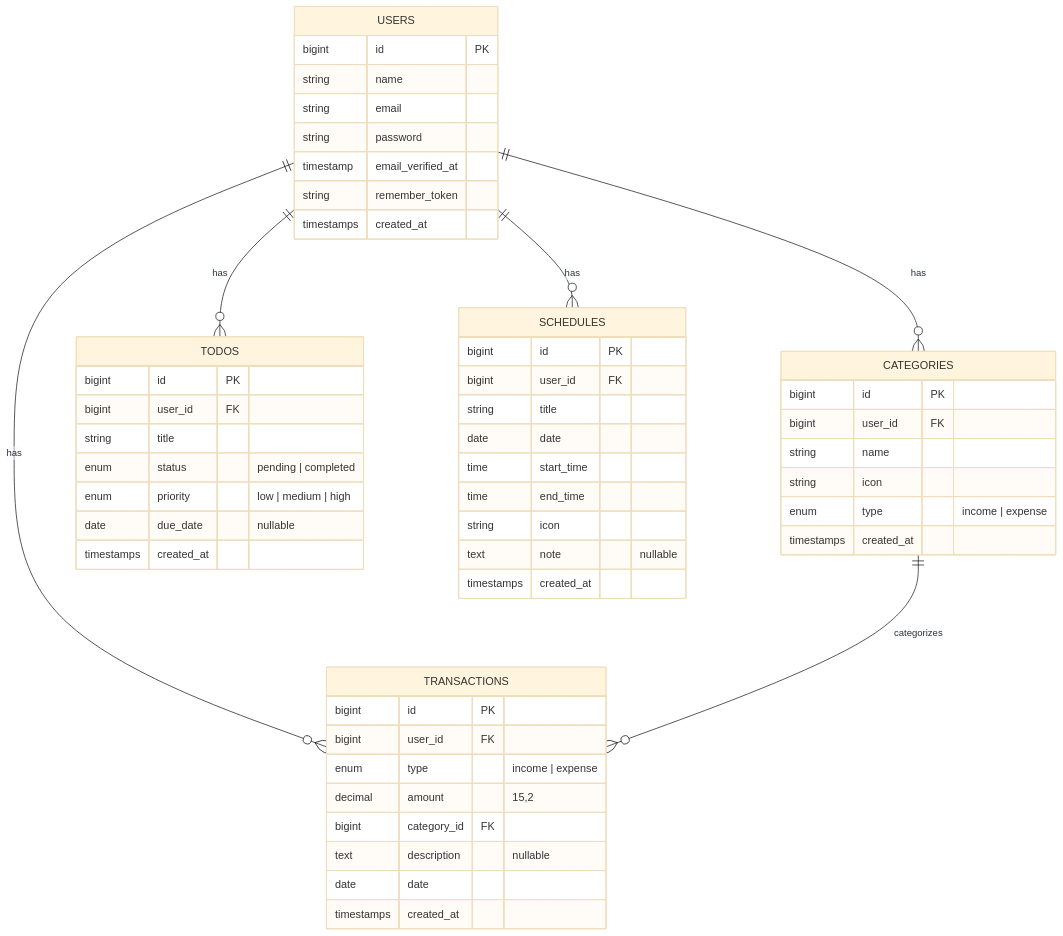
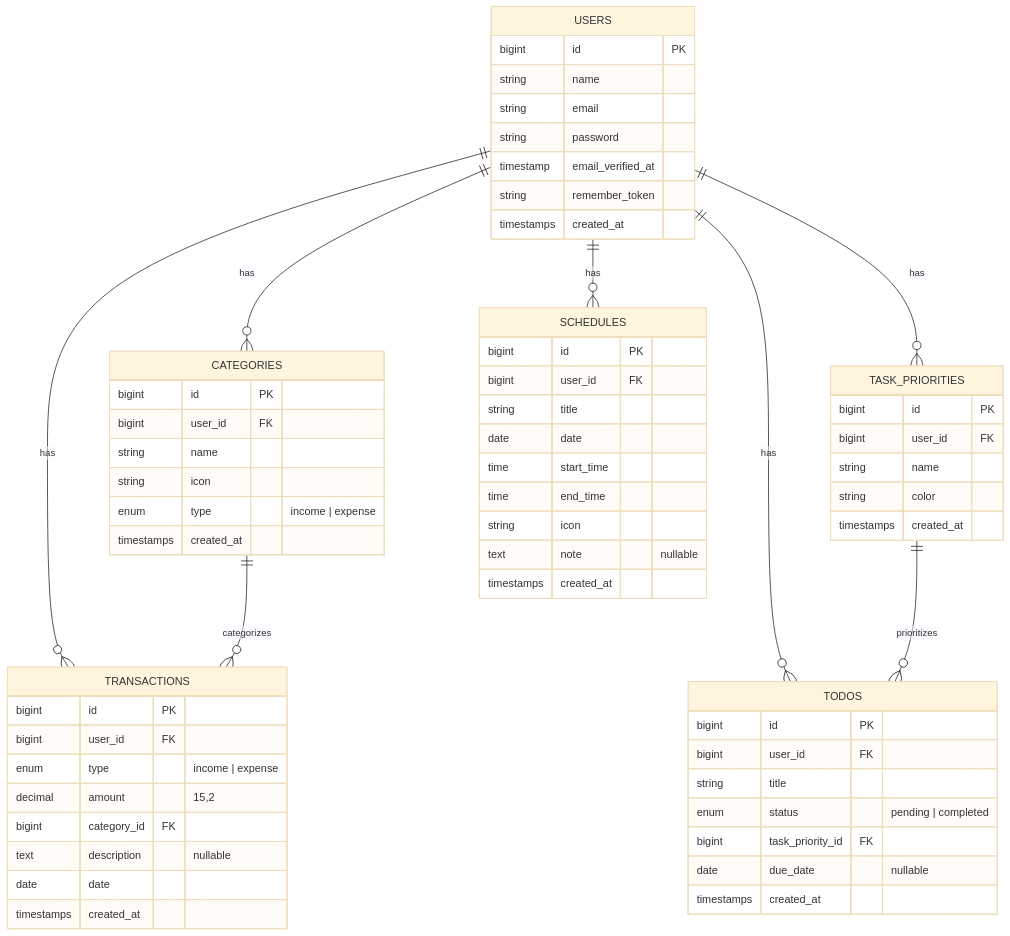
One commit to mohammadakbarr18/MyLife-OS changed the diagram in README.md. Above: the diagram before and after it, drawn with Mermaid (base theme). The commit also changed other lines of this file and 1 other file, not shown here.

Commit message:
Update README for profile and todo priority settings

````diff
--- a/README.md
+++ b/README.md
@@ -328,60 +339,70 @@
 ```mermaid
 erDiagram
     USERS ||--o{ CATEGORIES : has
+    USERS ||--o{ TASK_PRIORITIES : has
     USERS ||--o{ TRANSACTIONS : has
     USERS ||--o{ TODOS : has
     USERS ||--o{ SCHEDULES : has
     CATEGORIES ||--o{ TRANSACTIONS : categorizes
+    TASK_PRIORITIES ||--o{ TODOS : prioritizes
 
     USERS {
         bigint id PK
         string name
         string email
         string password
         timestamp email_verified_at
         string remember_token
         timestamps created_at
     }
 
     CATEGORIES {
         bigint id PK
         bigint user_id FK
         string name
         string icon
         enum type "income | expense"
         timestamps created_at
     }
 
     TRANSACTIONS {
         bigint id PK
         bigint user_id FK
         enum type "income | expense"
         decimal amount "15,2"
         bigint category_id FK
         text description "nullable"
         date date
         timestamps created_at
     }
 
+    TASK_PRIORITIES {
+        bigint id PK
+        bigint user_id FK
+        string name
+        string color
+        timestamps created_at
+    }
+
     TODOS {
         bigint id PK
         bigint user_id FK
         string title
         enum status "pending | completed"
-        enum priority "low | medium | high"
+        bigint task_priority_id FK
         date due_date "nullable"
         timestamps created_at
     }
 
     SCHEDULES {
         bigint id PK
         bigint user_id FK
         string title
         date date
         time start_time
         time end_time
         string icon
         text note "nullable"
         timestamps created_at
     }
 ```
````
